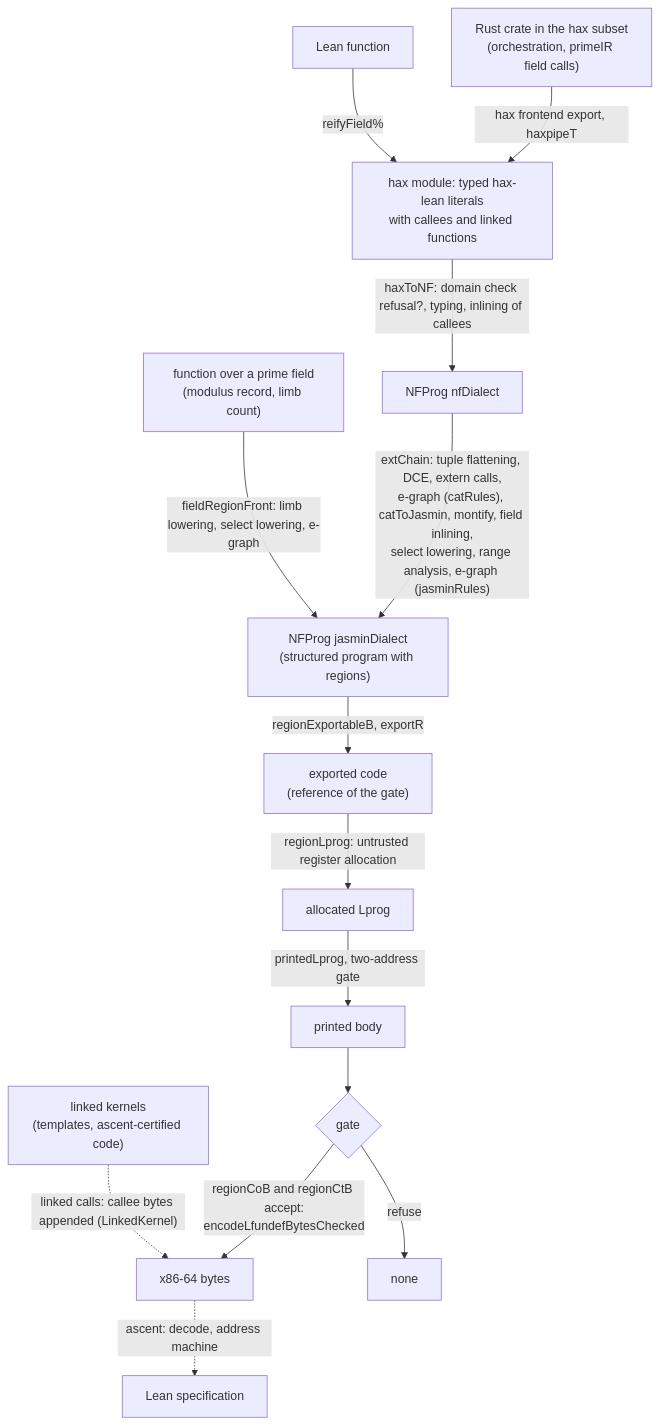
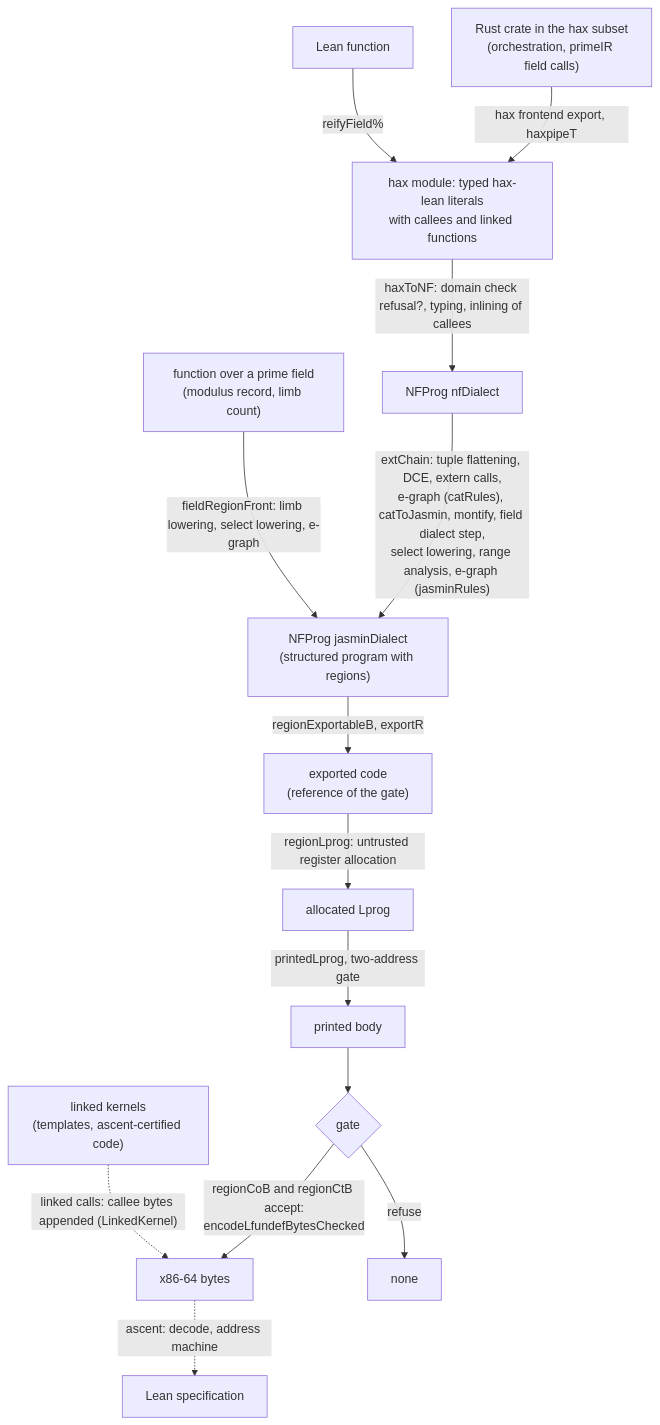
The diagram in PIPELINE.md (spitters/catcrypt-compiler), drawn with Mermaid before and after one commit. The commit also changed other lines of this file and 11 other files, not shown here.

First line of the commit message:
The MLIR text emitters are deleted, and the field inline and lowering steps are stated as outside compileA

````diff
--- a/PIPELINE.md
+++ b/PIPELINE.md
@@ -29,31 +29,31 @@
 ```mermaid
 flowchart TD
     RUST["Rust crate in the hax subset<br/>(orchestration, primeIR field calls)"]
     LEAN["Lean function"]
     TPL["function over a prime field<br/>(modulus record, limb count)"]
     MOD["hax module: typed hax-lean literals<br/>with callees and linked functions"]
     NF["NFProg nfDialect"]
     JNF["NFProg jasminDialect<br/>(structured program with regions)"]
     REF["exported code<br/>(reference of the gate)"]
     ALLOC["allocated Lprog"]
     PRINT["printed body"]
     GATE{"gate"}
     BYTES["x86-64 bytes"]
     NONE["none"]
     KERN["linked kernels<br/>(templates, ascent-certified code)"]
     SPEC["Lean specification"]
 
     RUST -->|"hax frontend export, haxpipeT"| MOD
     LEAN -->|"reifyField%"| MOD
     MOD -->|"haxToNF: domain check refusal?, typing, inlining of callees"| NF
-    NF -->|"extChain: tuple flattening, DCE, extern calls,<br/>e-graph (catRules), catToJasmin, montify, field inlining,<br/>select lowering, range analysis, e-graph (jasminRules)"| JNF
+    NF -->|"extChain: tuple flattening, DCE, extern calls,<br/>e-graph (catRules), catToJasmin, montify, field dialect step,<br/>select lowering, range analysis, e-graph (jasminRules)"| JNF
     TPL -->|"fieldRegionFront: limb lowering, select lowering, e-graph"| JNF
     JNF -->|"regionExportableB, exportR"| REF
     REF -->|"regionLprog: untrusted register allocation"| ALLOC
     ALLOC -->|"printedLprog, two-address gate"| PRINT
     PRINT --> GATE
     GATE -->|"regionCoB and regionCtB accept:<br/>encodeLfundefBytesChecked"| BYTES
     GATE -->|"refuse"| NONE
     KERN -.->|"linked calls: callee bytes appended (LinkedKernel)"| BYTES
     BYTES -.->|"ascent: decode, address machine"| SPEC
 ```
````
